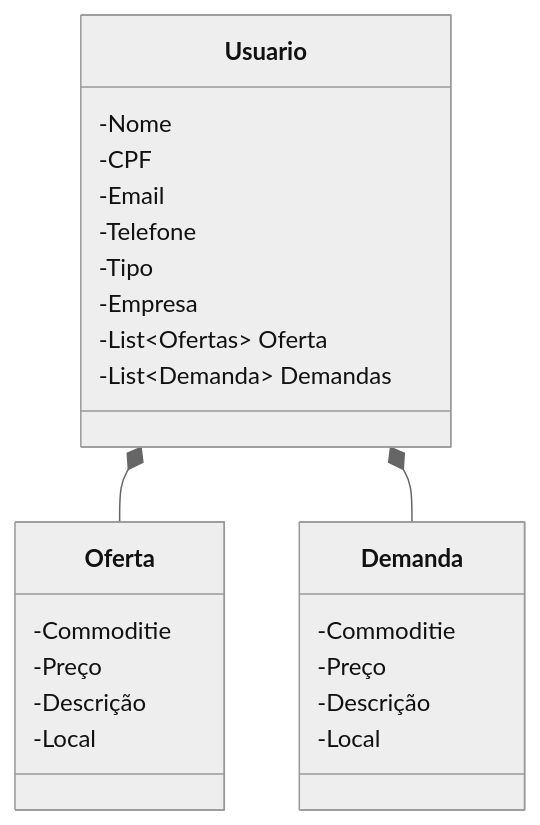
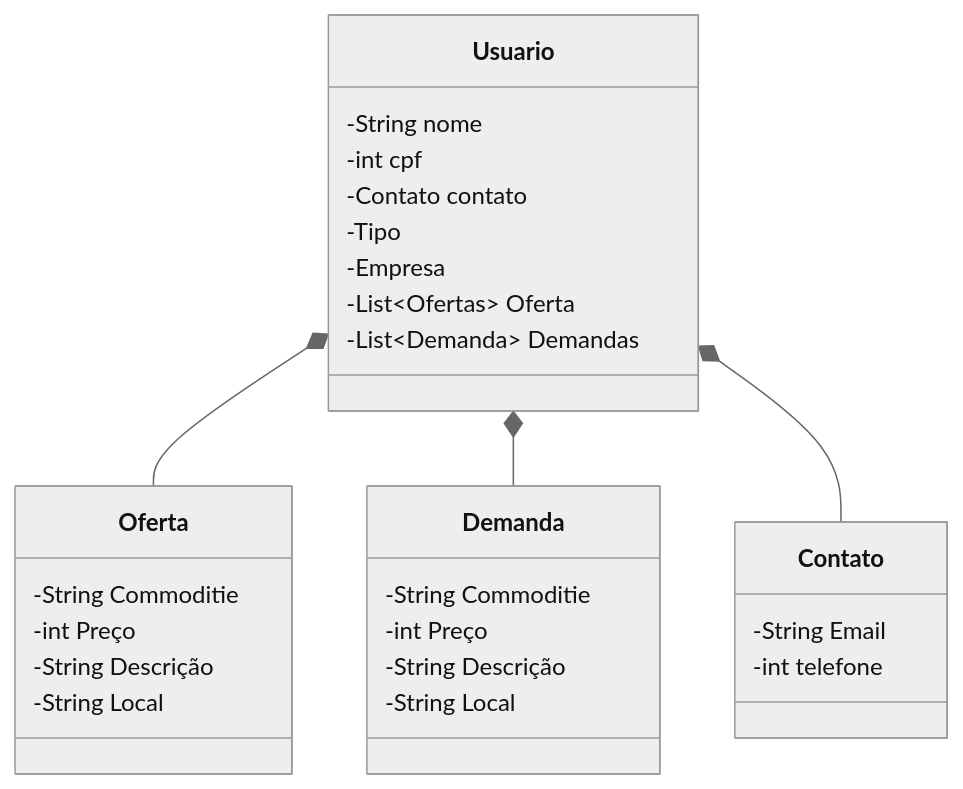
The diagram in README.md (led-21/grainbroker), drawn with Mermaid (neutral theme) before and after one commit.

````diff
--- a/README.md
+++ b/README.md
@@ -3,21 +3,23 @@
 ```mermaid
 classDiagram
-    Usuario : -Nome
-    Usuario : -CPF
-    Usuario : -Email
-    Usuario : -Telefone
+    Usuario : -String nome
+    Usuario : -int cpf
+    Usuario : -Contato contato
     Usuario : -Tipo
     Usuario : -Empresa
     Usuario : -List~Ofertas~ Oferta
     Usuario : -List~Demanda~ Demandas
     Usuario *-- Oferta
     Usuario *-- Demanda
-    Oferta : -Commoditie
-    Oferta : -Preço
-    Oferta : -Descrição
-    Oferta : -Local
-    Demanda : -Commoditie
-    Demanda : -Preço
-    Demanda : -Descrição
-    Demanda : -Local
+    Usuario *-- Contato
+    Oferta : -String Commoditie
+    Oferta : -int Preço
+    Oferta : -String Descrição
+    Oferta : -String Local
+    Demanda : -String Commoditie
+    Demanda : -int Preço
+    Demanda : -String Descrição
+    Demanda : -String Local
+    Contato : -String Email
+    Contato : -int telefone
 ```
````
